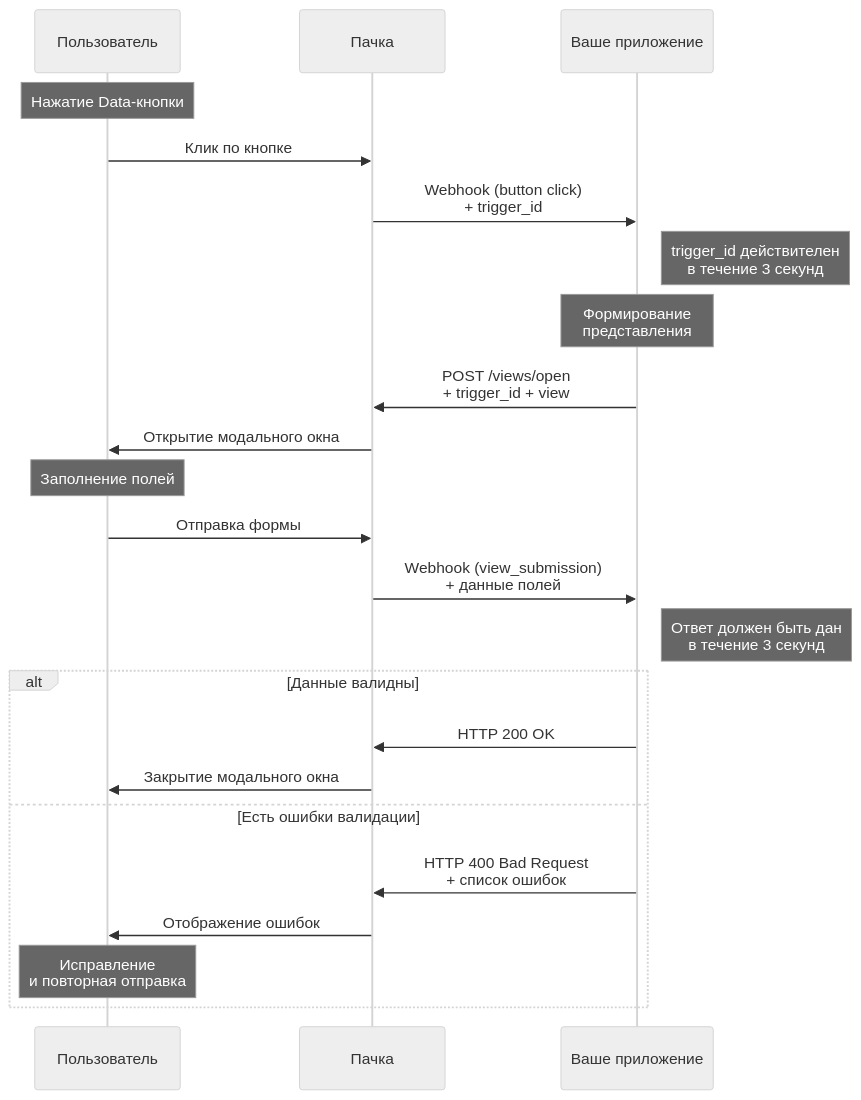
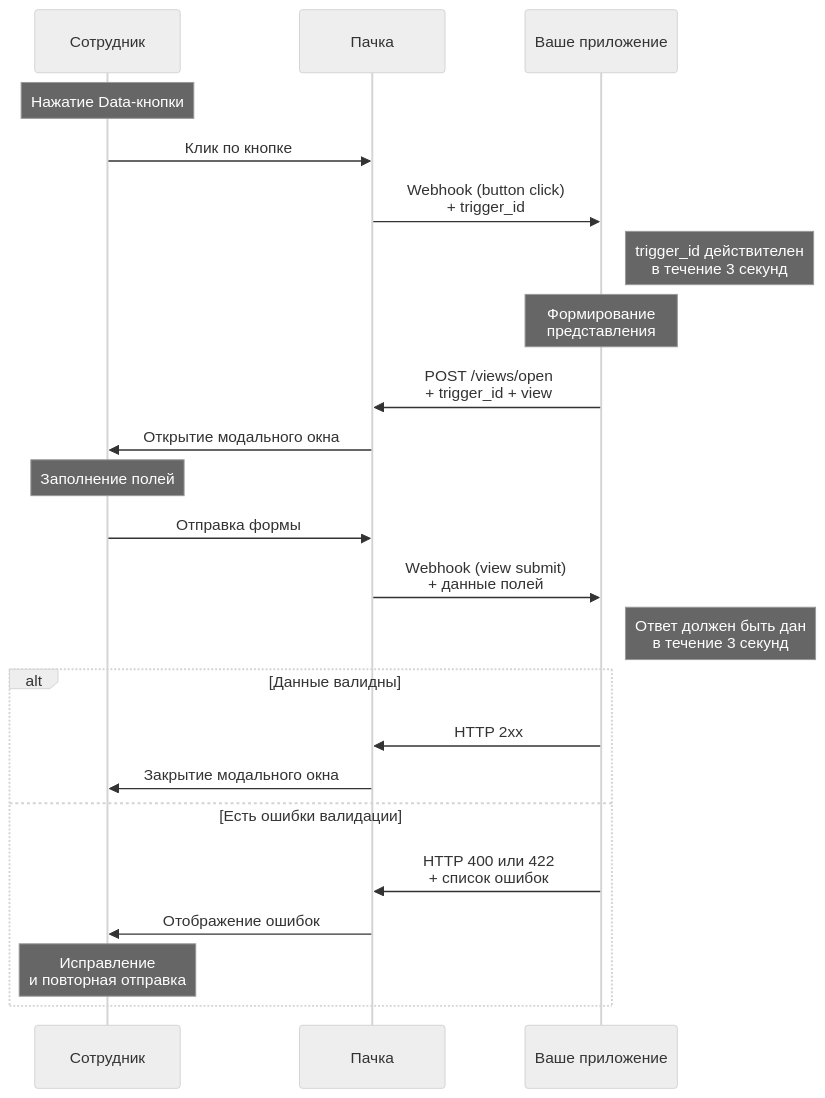
The diagram in apps/docs/public/guides/forms/overview.md (pachca/openapi), drawn with Mermaid (neutral theme) before and after one commit. The commit also changed other lines of this file and 799 other files, not shown here.

````diff
--- a/apps/docs/public/guides/forms/overview.md
+++ b/apps/docs/public/guides/forms/overview.md
@@ -36,28 +35,28 @@
 ```mermaid
 sequenceDiagram
-    participant User as Пользователь
+    participant User as Сотрудник
     participant Pachca as Пачка
     participant Bot as Ваше приложение
 
     Note over User: Нажатие Data-кнопки
     User->>Pachca: Клик по кнопке
     Pachca->>Bot: Webhook (button click)<br/>+ trigger_id
     Note right of Bot: trigger_id действителен<br/>в течение 3 секунд
     Note over Bot: Формирование<br/>представления
     Bot->>Pachca: POST /views/open<br/>+ trigger_id + view
     Pachca->>User: Открытие модального окна
 
     Note over User: Заполнение полей
     User->>Pachca: Отправка формы
-    Pachca->>Bot: Webhook (view_submission)<br/>+ данные полей
+    Pachca->>Bot: Webhook (view submit)<br/>+ данные полей
     Note right of Bot: Ответ должен быть дан<br/>в течение 3 секунд
 
     alt Данные валидны
-        Bot->>Pachca: HTTP 200 OK
+        Bot->>Pachca: HTTP 2xx
         Pachca->>User: Закрытие модального окна
     else Есть ошибки валидации
-        Bot->>Pachca: HTTP 400 Bad Request<br/>+ список ошибок
+        Bot->>Pachca: HTTP 400 или 422<br/>+ список ошибок
         Pachca->>User: Отображение ошибок
         Note over User: Исправление<br/>и повторная отправка
     end
 ```
````
